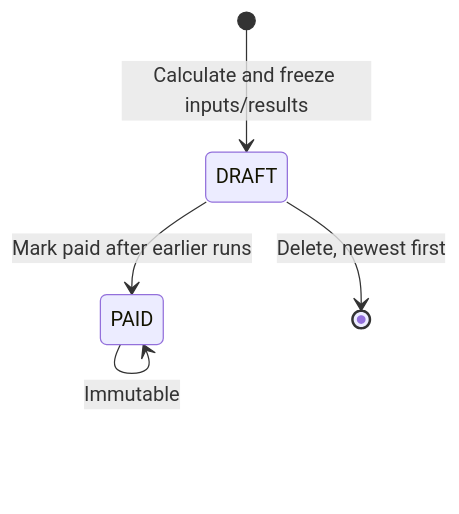
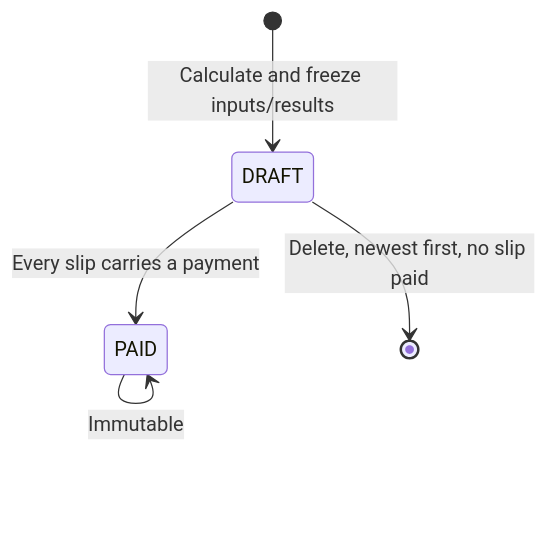
The second of 2 diagrams in hr-payroll/docs/architecture.md (norbital-ai/templates), drawn with Mermaid before and after one commit. The commit also changed other lines of this file and 22 other files, not shown here.

````diff
--- a/hr-payroll/docs/architecture.md
+++ b/hr-payroll/docs/architecture.md
@@ -204,7 +215,7 @@
 ```mermaid
 stateDiagram-v2
     [*] --> DRAFT: Calculate and freeze inputs/results
-    DRAFT --> PAID: Mark paid after earlier runs
-    DRAFT --> [*]: Delete, newest first
+    DRAFT --> PAID: Every slip carries a payment
+    DRAFT --> [*]: Delete, newest first, no slip paid
     PAID --> PAID: Immutable
 ```
````
